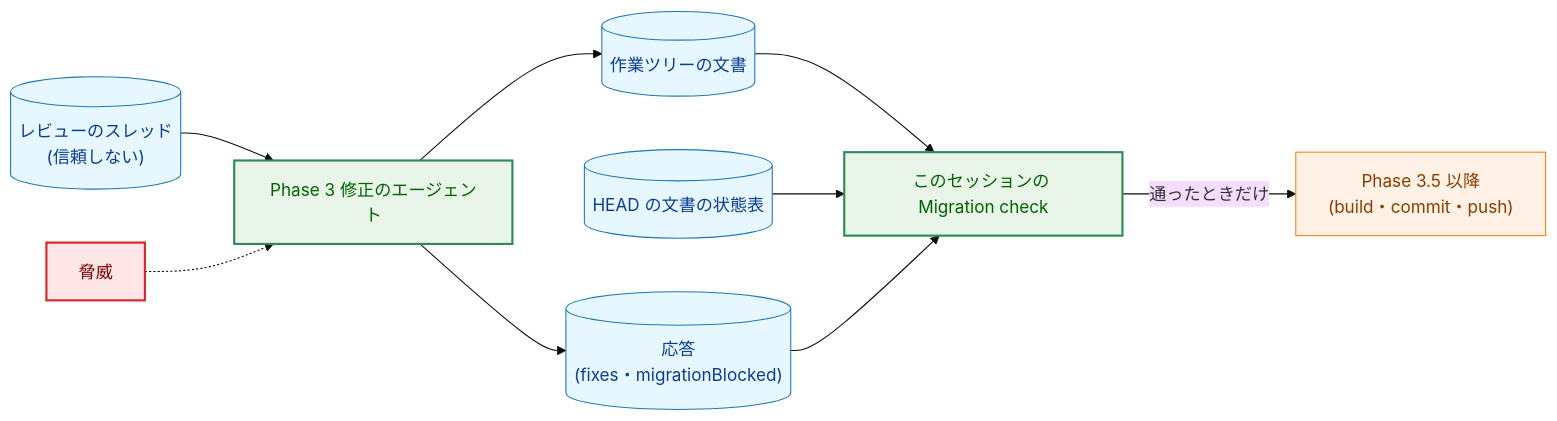
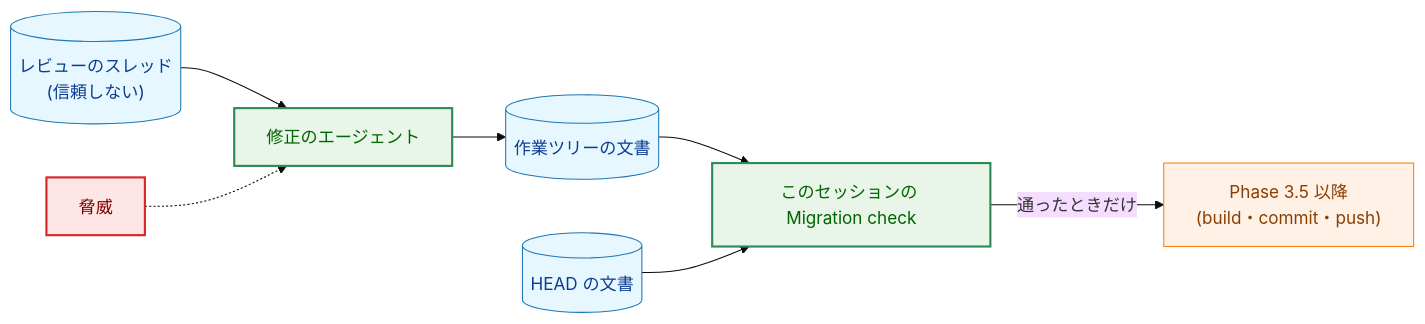
One commit to isseis/yt2column changed the fifth of 9 diagrams in docs/tasks/0056_legacy_approval_history/02_architecture.md. Above: the diagram before and after it, drawn with Mermaid (base theme). The commit also changed other lines of this file, not shown here.

First line of the commit message:
docs(0056): address the architecture and prose reviews

````diff
--- a/docs/tasks/0056_legacy_approval_history/02_architecture.md
+++ b/docs/tasks/0056_legacy_approval_history/02_architecture.md
@@ -297,30 +308,27 @@
 ```mermaid
 flowchart LR
     classDef data fill:#e6f7ff,stroke:#1f77b4,stroke-width:1px,color:#0b3d91;
     classDef process fill:#fff1e6,stroke:#ff7f0e,stroke-width:1px,color:#8a3e00;
     classDef enhanced fill:#e8f5e8,stroke:#2e8b57,stroke-width:2px,color:#006400;
     classDef problem fill:#ffe6e6,stroke:#d62728,stroke-width:2px,color:#7b0000;
 
     THREAD[("レビューのスレッド<br>(信頼しない)")]
-    FIX["Phase 3 修正のエージェント"]
+    FIX["修正のエージェント"]
     WT[("作業ツリーの文書")]
-    REPLY[("応答<br>(fixes・migrationBlocked)")]
-    HEADDOC[("HEAD の文書の状態表")]
+    HEADDOC[("HEAD の文書")]
     CHECK["このセッションの Migration check"]
     COMMIT["Phase 3.5 以降<br>(build・commit・push)"]
     THREAT["脅威"]
 
     THREAD --> FIX
     FIX --> WT
-    FIX --> REPLY
     WT --> CHECK
     HEADDOC --> CHECK
-    REPLY --> CHECK
     CHECK -->|"通ったときだけ"| COMMIT
     THREAT -.-> FIX
 
-    class THREAD,WT,REPLY,HEADDOC data
+    class THREAD,WT,HEADDOC data
     class FIX,CHECK enhanced
     class COMMIT process
     class THREAT problem
 ```
````
